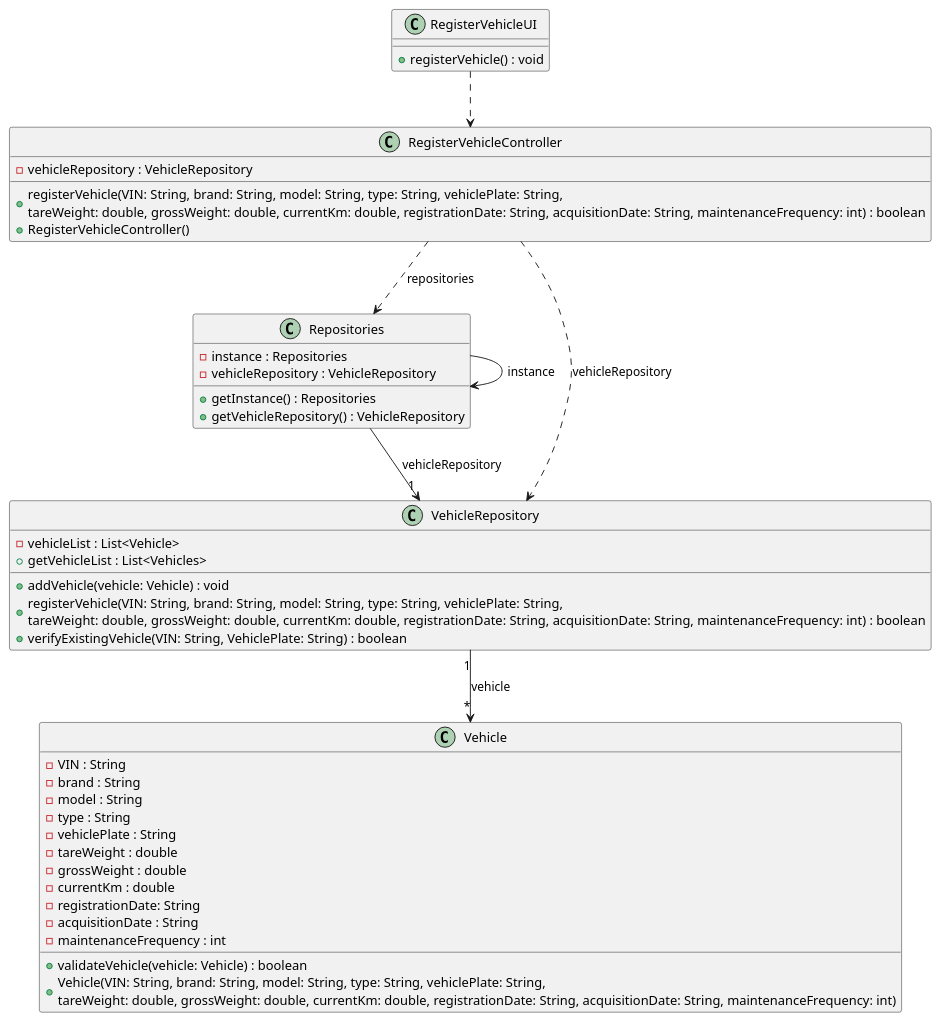
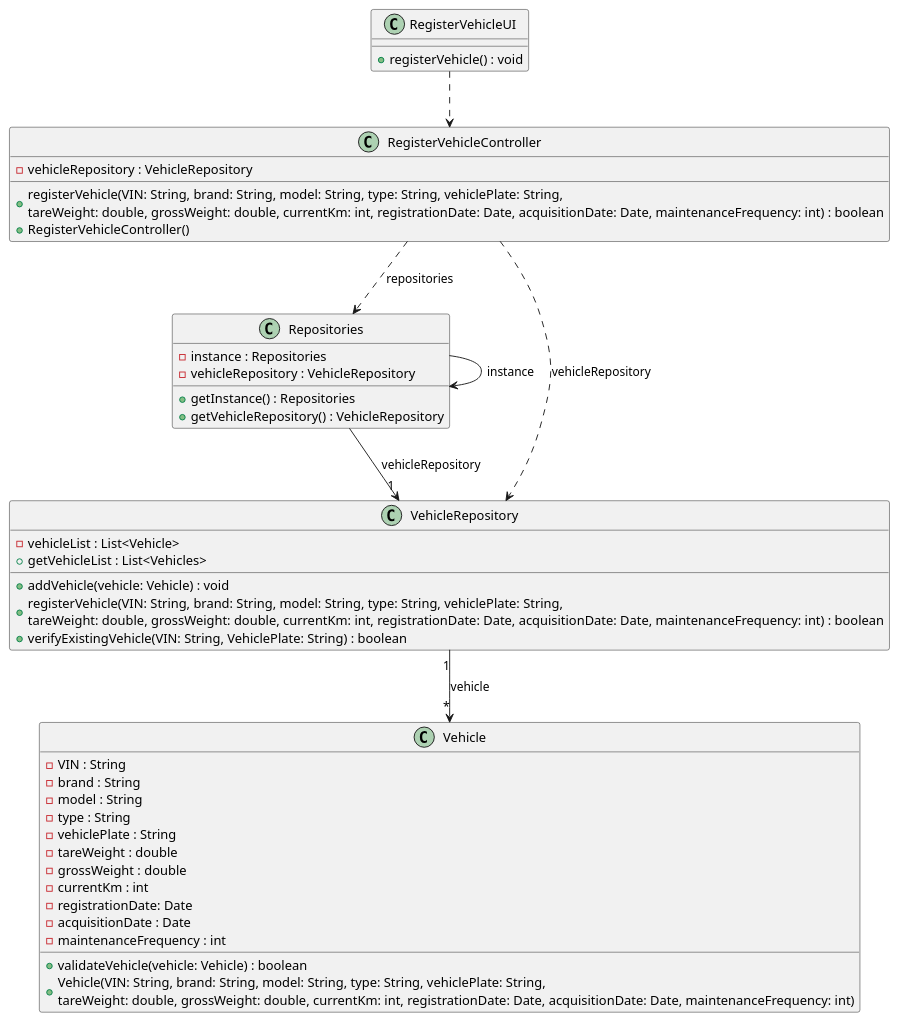
Before and after one commit to ricardomm7/leaflink: the diagram in docs/sprintB/us006/03.design/puml/us006-class-diagram.puml, drawn with PlantUML. The commit also changed 11 other files, not shown here.

```diff
--- a/docs/sprintB/us006/03.design/puml/us006-class-diagram.puml
+++ b/docs/sprintB/us006/03.design/puml/us006-class-diagram.puml
@@ -1,56 +1,56 @@
 @startuml
 skinparam shadowing false
 skinparam line type polyline
 
 'left to right direction
 
     class RegisterVehicleUI {
         + registerVehicle() : void
     }
 
     class RegisterVehicleController {
         - vehicleRepository : VehicleRepository
-        + registerVehicle(VIN: String, brand: String, model: String, type: String, vehiclePlate: String, \ntareWeight: double, grossWeight: double, currentKm: double, registrationDate: String, acquisitionDate: String, maintenanceFrequency: int) : boolean
+        + registerVehicle(VIN: String, brand: String, model: String, type: String, vehiclePlate: String, \ntareWeight: double, grossWeight: double, currentKm: int, registrationDate: Date, acquisitionDate: Date, maintenanceFrequency: int) : boolean
         + RegisterVehicleController()
     }
 
     class Repositories {
         - instance : Repositories
         - vehicleRepository : VehicleRepository
         + getInstance() : Repositories
         + getVehicleRepository() : VehicleRepository
     }
 
     class VehicleRepository {
         - vehicleList : List<Vehicle>
         + getVehicleList : List<Vehicles>
         + addVehicle(vehicle: Vehicle) : void
-        + registerVehicle(VIN: String, brand: String, model: String, type: String, vehiclePlate: String, \ntareWeight: double, grossWeight: double, currentKm: double, registrationDate: String, acquisitionDate: String, maintenanceFrequency: int) : boolean
+        + registerVehicle(VIN: String, brand: String, model: String, type: String, vehiclePlate: String, \ntareWeight: double, grossWeight: double, currentKm: int, registrationDate: Date, acquisitionDate: Date, maintenanceFrequency: int) : boolean
         + verifyExistingVehicle(VIN: String, VehiclePlate: String) : boolean
     }
 
     class Vehicle {
         - VIN : String
         - brand : String
         - model : String
         - type : String
         - vehiclePlate : String
         - tareWeight : double
         - grossWeight : double
-        - currentKm : double
-        - registrationDate: String
-        - acquisitionDate : String
+        - currentKm : int
+        - registrationDate: Date
+        - acquisitionDate : Date
         - maintenanceFrequency : int
 
         + validateVehicle(vehicle: Vehicle) : boolean
-        + Vehicle(VIN: String, brand: String, model: String, type: String, vehiclePlate: String, \ntareWeight: double, grossWeight: double, currentKm: double, registrationDate: String, acquisitionDate: String, maintenanceFrequency: int)
+        + Vehicle(VIN: String, brand: String, model: String, type: String, vehiclePlate: String, \ntareWeight: double, grossWeight: double, currentKm: int, registrationDate: Date, acquisitionDate: Date, maintenanceFrequency: int)
     }
 
 RegisterVehicleUI ..> RegisterVehicleController
 RegisterVehicleController ..> Repositories: repositories
 Repositories --> Repositories: instance
 RegisterVehicleController ..> VehicleRepository: vehicleRepository
 Repositories --> "1"VehicleRepository: vehicleRepository
 VehicleRepository "1"-->"*" Vehicle: vehicle
 
 @enduml
```
